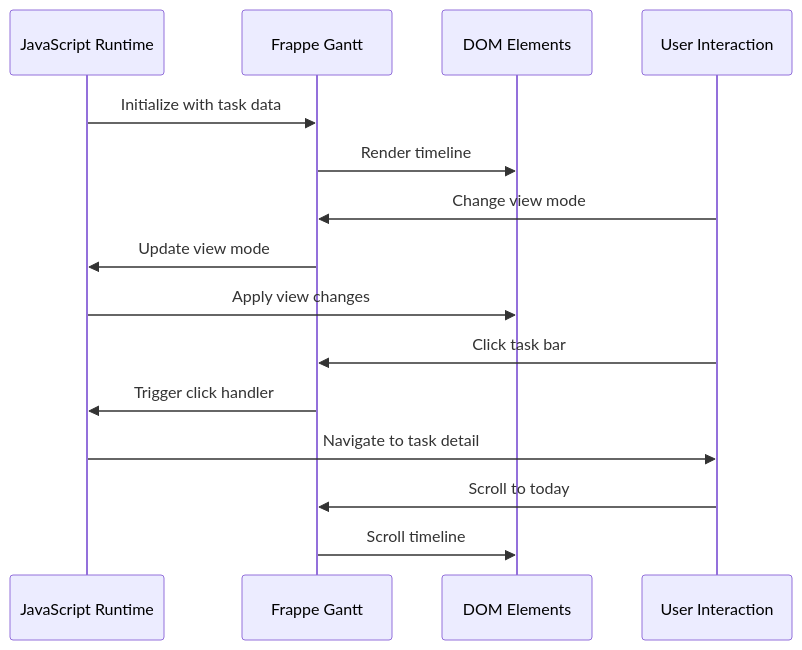
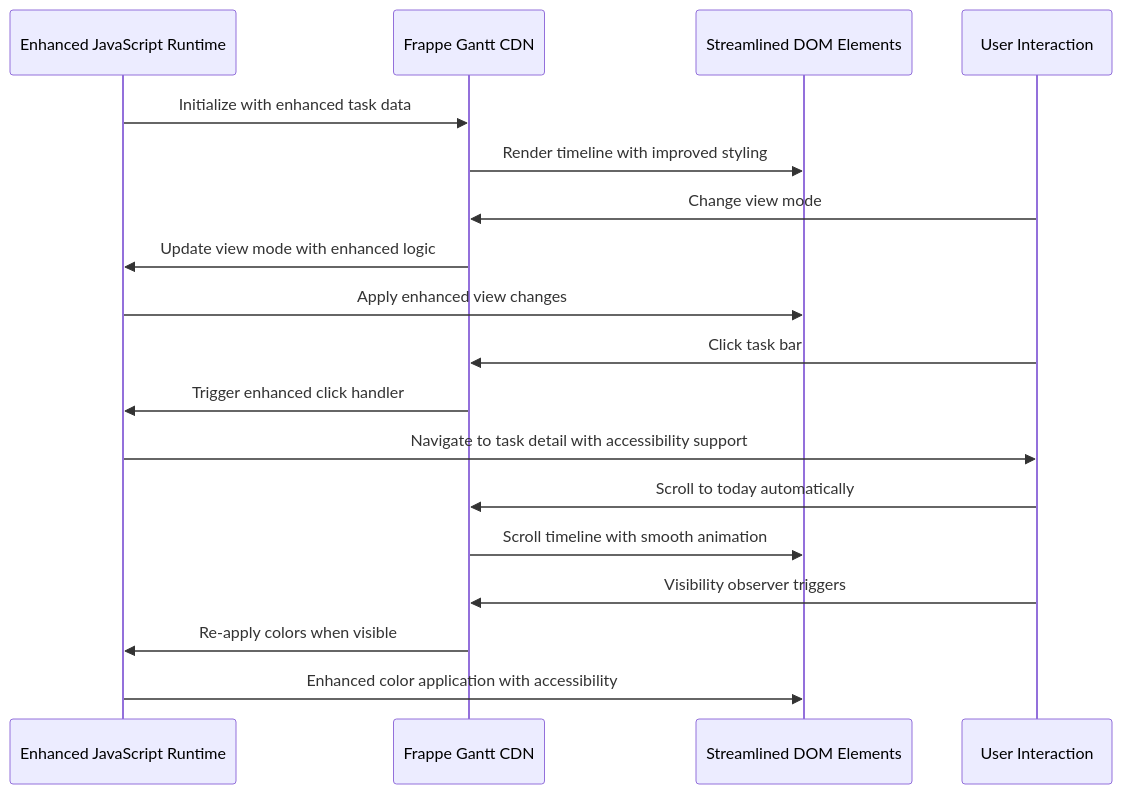
The sixth of 9 diagrams in .qoder/repowiki/en/content/User Interface and Templates/Gantt Chart Visualization System.md (Pavel9474/task_manager), drawn with Mermaid before and after one commit. The commit also changed other lines of this file and 11 other files, not shown here.

Commit message:
bars are added gantt correct, popup windows works

````diff
--- a/.qoder/repowiki/en/content/User Interface and Templates/Gantt Chart Visualization System.md
+++ b/.qoder/repowiki/en/content/User Interface and Templates/Gantt Chart Visualization System.md
@@ -289,17 +305,20 @@
 ```mermaid
 sequenceDiagram
-participant JS as JavaScript Runtime
-participant Gantt as Frappe Gantt
-participant DOM as DOM Elements
+participant JS as Enhanced JavaScript Runtime
+participant Gantt as Frappe Gantt CDN
+participant DOM as Streamlined DOM Elements
 participant User as User Interaction
-JS->>Gantt : Initialize with task data
-Gantt->>DOM : Render timeline
+JS->>Gantt : Initialize with enhanced task data
+Gantt->>DOM : Render timeline with improved styling
 User->>Gantt : Change view mode
-Gantt->>JS : Update view mode
-JS->>DOM : Apply view changes
+Gantt->>JS : Update view mode with enhanced logic
+JS->>DOM : Apply enhanced view changes
 User->>Gantt : Click task bar
-Gantt->>JS : Trigger click handler
-JS->>User : Navigate to task detail
-User->>Gantt : Scroll to today
-Gantt->>DOM : Scroll timeline
+Gantt->>JS : Trigger enhanced click handler
+JS->>User : Navigate to task detail with accessibility support
+User->>Gantt : Scroll to today automatically
+Gantt->>DOM : Scroll timeline with smooth animation
+User->>Gantt : Visibility observer triggers
+Gantt->>JS : Re-apply colors when visible
+JS->>DOM : Enhanced color application with accessibility
 ```
````
